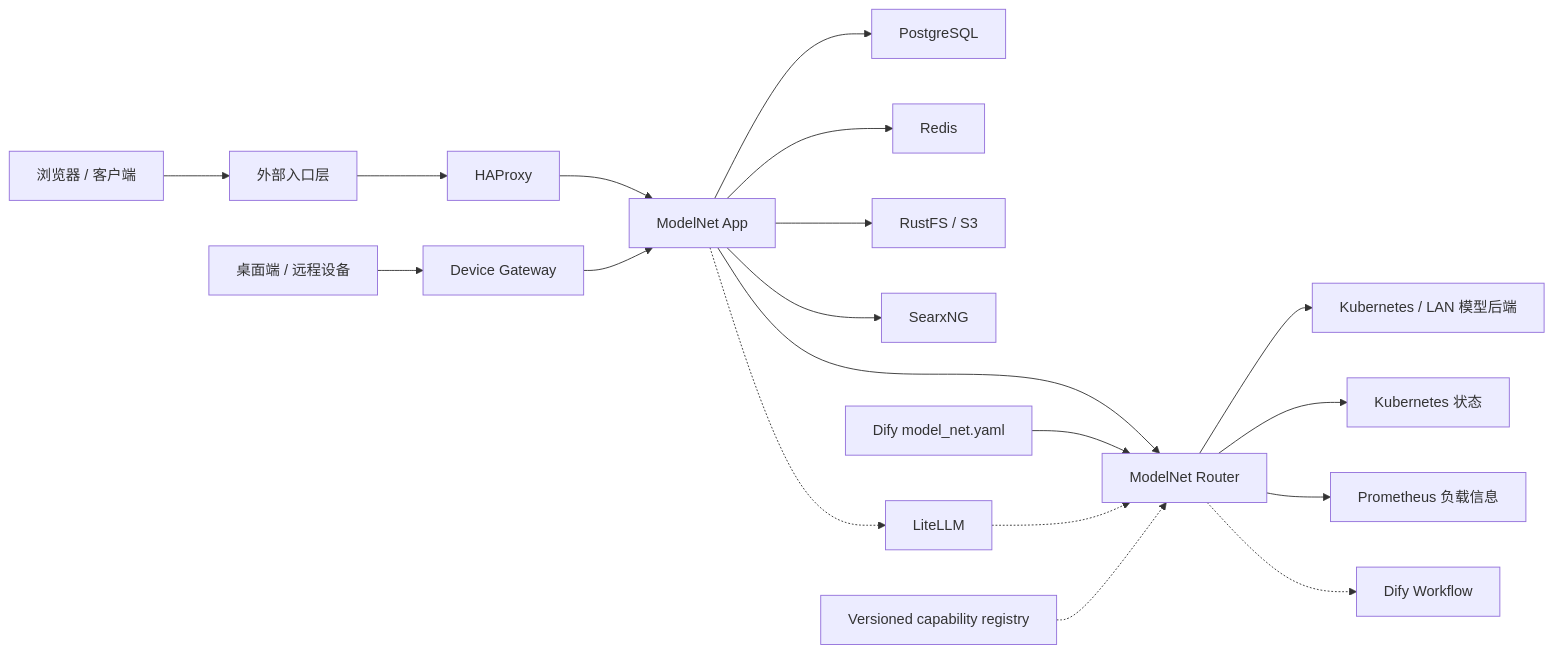
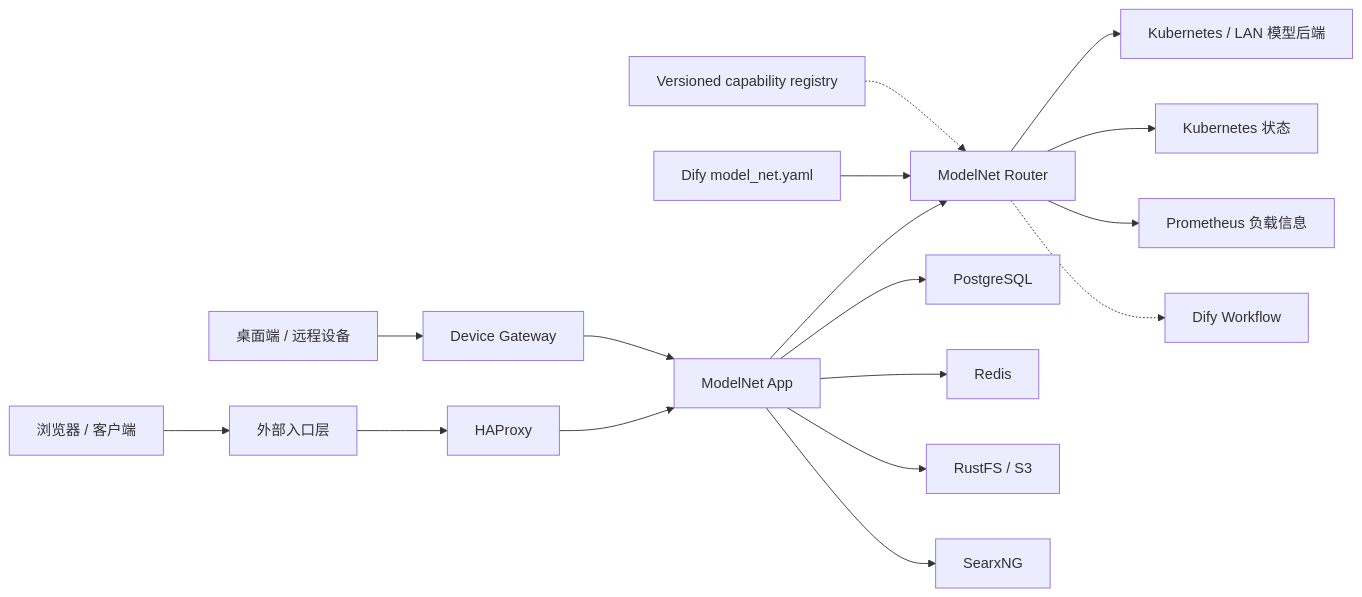
Before and after one commit to WNDS-JNU/ModelNet-Toc: the first of 2 diagrams in docs/modelnet-project-onboarding.md, drawn with Mermaid. The commit also changed other lines of this file and 31 other files, not shown here.

Commit message:
refactor: retire LiteLLM from ModelNet dev stack

````diff
--- a/docs/modelnet-project-onboarding.md
+++ b/docs/modelnet-project-onboarding.md
@@ -51,25 +51,23 @@
 ```mermaid
 flowchart LR
     Browser["浏览器 / 客户端"] --> Ingress["外部入口层"]
     Ingress --> HAProxy["HAProxy"]
     HAProxy --> App["ModelNet App"]
     App --> Router["ModelNet Router"]
     Router --> Backends["Kubernetes / LAN 模型后端"]
 
     App --> PostgreSQL["PostgreSQL"]
     App --> Redis["Redis"]
     App --> RustFS["RustFS / S3"]
     App --> SearxNG["SearxNG"]
 
     DeviceClient["桌面端 / 远程设备"] --> DeviceGateway["Device Gateway"]
     DeviceGateway --> App
 
     Registry["Dify model_net.yaml"] --> Router
     Router --> K8sState["Kubernetes 状态"]
     Router --> Prometheus["Prometheus 负载信息"]
 
-    App -.-> LiteLLM["LiteLLM"]
-    LiteLLM -.-> Router
     VersionedRegistry["Versioned capability registry"] -.-> Router
     Router -.-> DifyWorkflow["Dify Workflow"]
 ```
````
